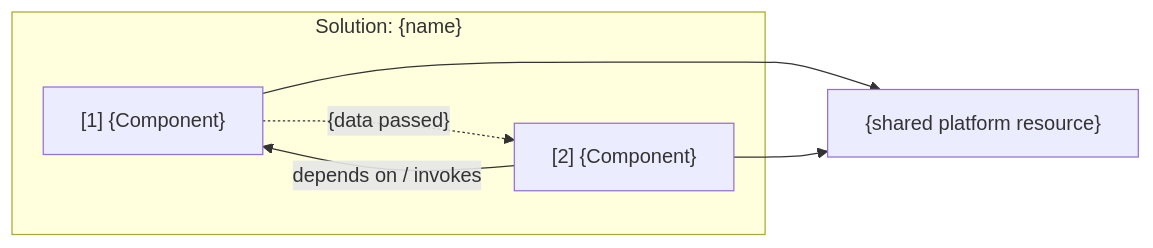
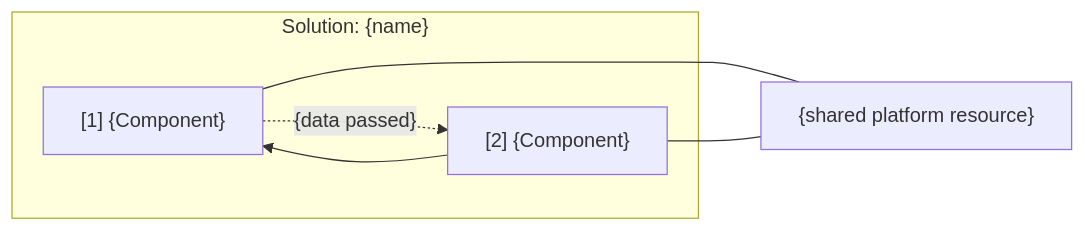
The second of 2 diagrams in skills/uipath-genome/assets/templates/process-genome-template.md (UiPath/skills), drawn with Mermaid before and after one commit. The commit also changed 2 other files, not shown here.

Commit message:
Genome component view: unlabelled package dependencies, grouped libraries, handoffs through stores dashed, shared resources on undirected lines, no target systems

````diff
--- a/skills/uipath-genome/assets/templates/process-genome-template.md
+++ b/skills/uipath-genome/assets/templates/process-genome-template.md
@@ -70,11 +70,11 @@
 ```mermaid
 flowchart LR
   subgraph SOL["Solution: {name}"]
     C1["[1] {Component}"]
     C2["[2] {Component}"]
   end
-  C2 -->|"depends on / invokes"| C1
+  C2 --> C1
   C1 -.->|"{data passed}"| C2
   RES["{shared platform resource}"]
-  C1 & C2 --> RES
+  C1 & C2 --- RES
 ```
````
